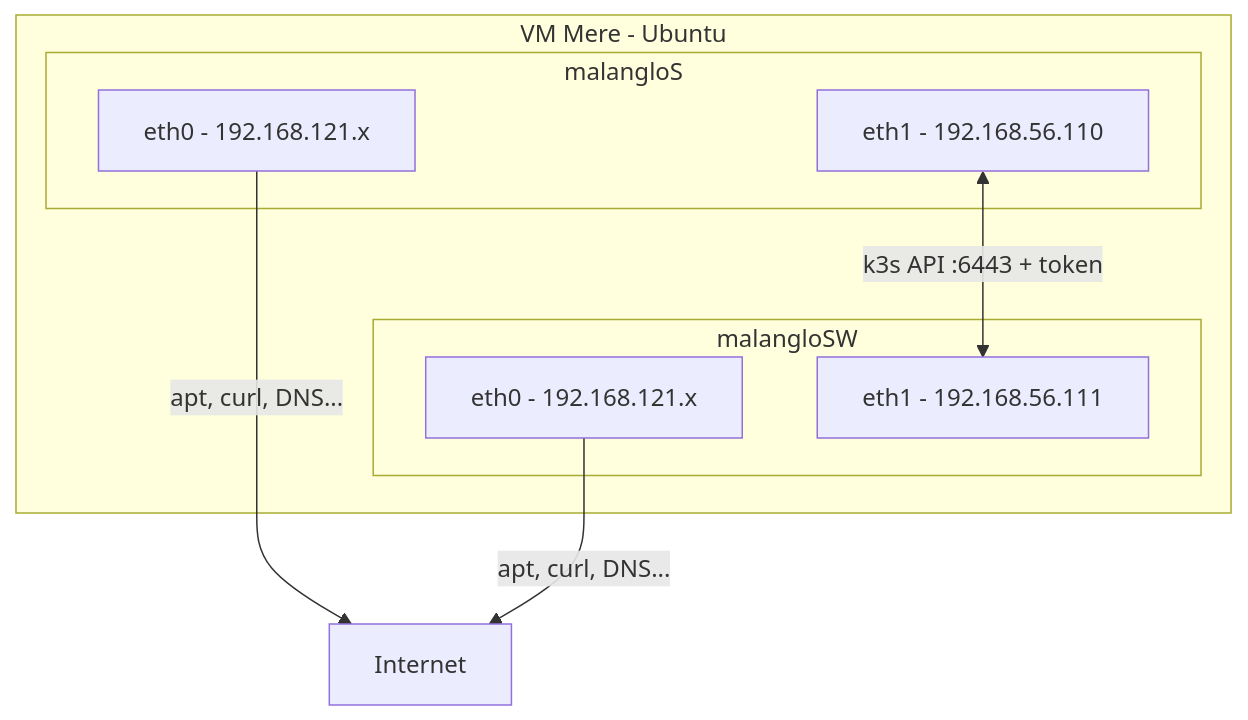
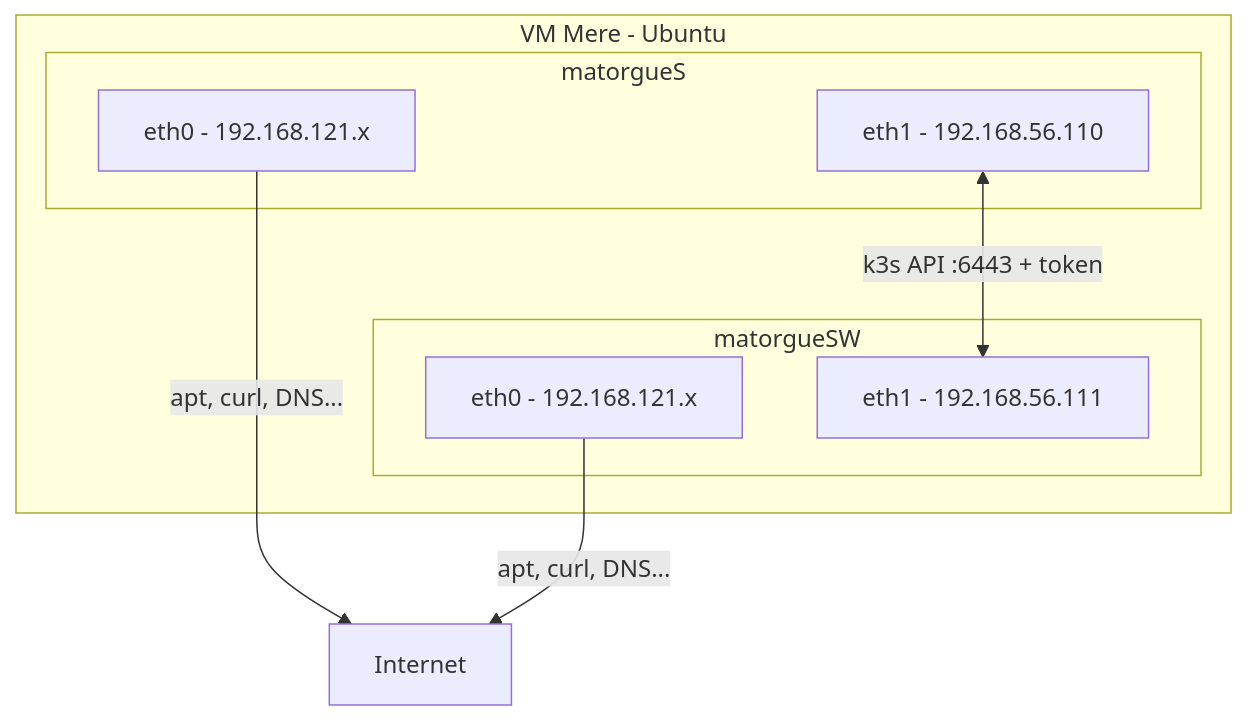
One commit to mlanglois26/42_inception_of_things changed the second of 3 diagrams in p1/README.md. Above: the diagram before and after it, drawn with Mermaid. The commit also changed other lines of this file and 1 other file, not shown here.

````diff
--- a/p1/README.md
+++ b/p1/README.md
@@ -150,16 +180,16 @@
 ```mermaid
 graph TD
     subgraph vmMere [VM Mere - Ubuntu]
-        subgraph server [malangloS]
+        subgraph server [matorgueS]
             eth0s["eth0 - 192.168.121.x"]
             eth1s["eth1 - 192.168.56.110"]
         end
-        subgraph agentVM [malangloSW]
+        subgraph agentVM [matorgueSW]
             eth0a["eth0 - 192.168.121.x"]
             eth1a["eth1 - 192.168.56.111"]
         end
     end
     eth0s -->|"apt, curl, DNS..."| inet["Internet"]
     eth0a -->|"apt, curl, DNS..."| inet
     eth1s <-->|"k3s API :6443 + token"| eth1a
 ```
````
